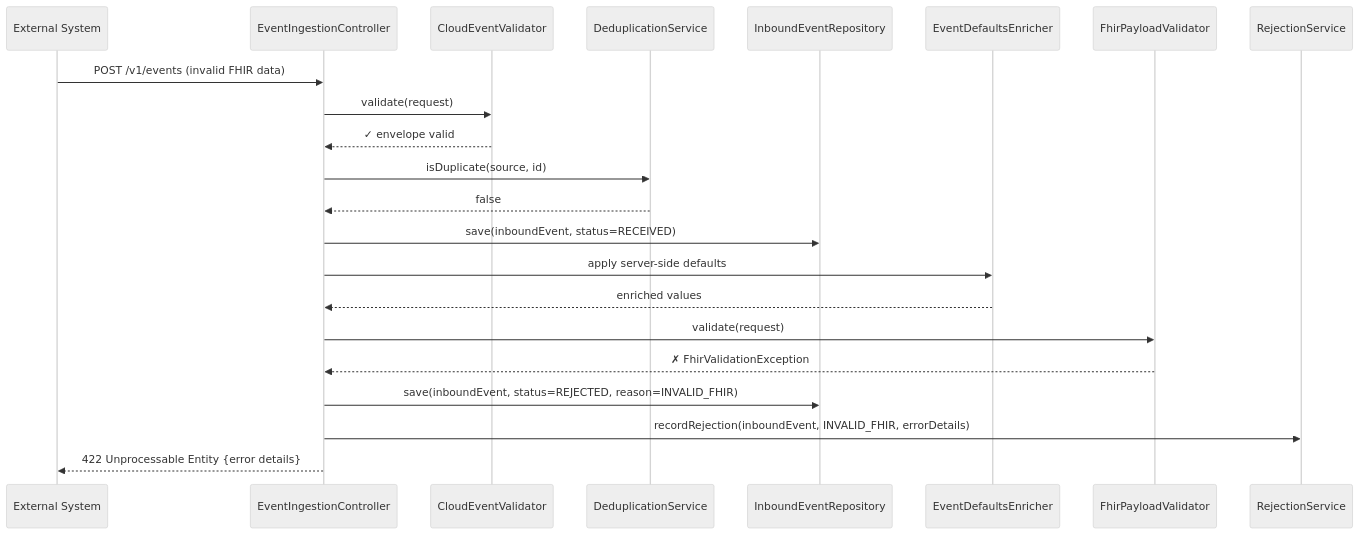
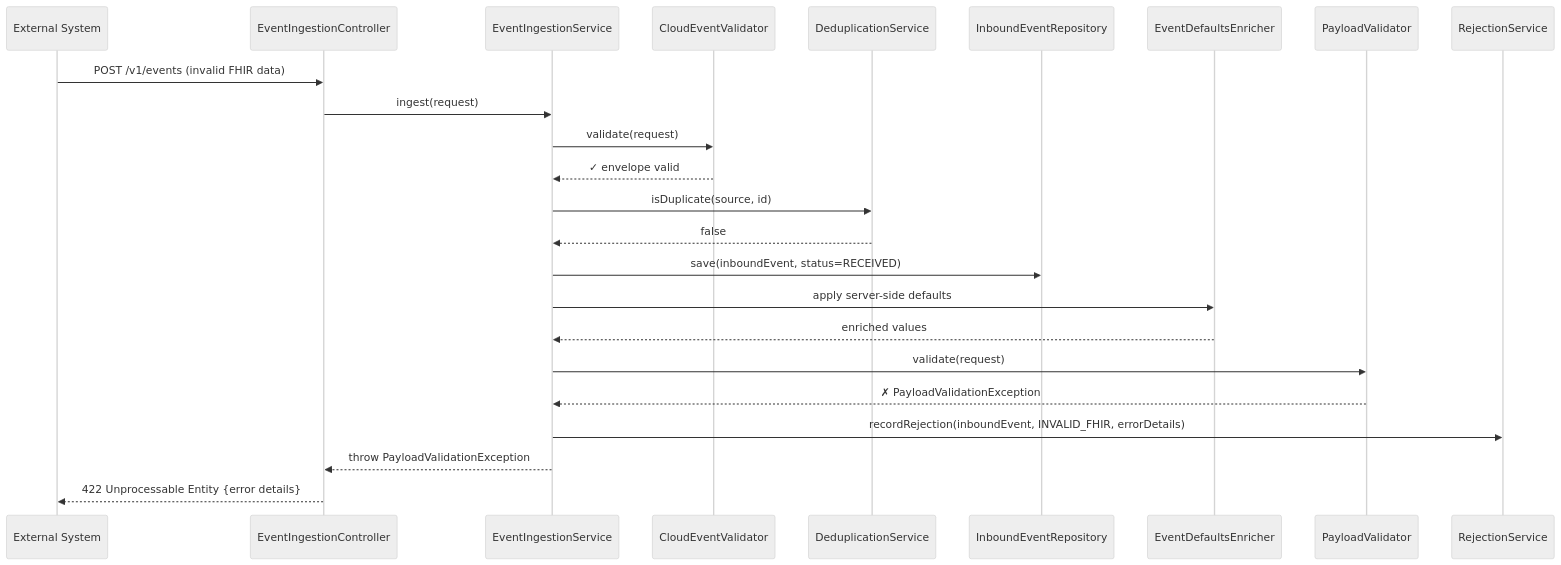
The third of 7 diagrams in docs/flow-diagrams.md (Jayaprakash8887/cce-collector-service), drawn with Mermaid (neutral theme) before and after one commit. The commit also changed other lines of this file and 10 other files, not shown here.

First line of the commit message:
Feat #CCE-55: Implement payload validation enhancements and introduce new exceptions

````diff
--- a/docs/flow-diagrams.md
+++ b/docs/flow-diagrams.md
@@ -95,30 +98,32 @@
 ```mermaid
 sequenceDiagram
     participant Client as External System
     participant Controller as EventIngestionController
+    participant Service as EventIngestionService
     participant Validator as CloudEventValidator
     participant Dedup as DeduplicationService
     participant Repo as InboundEventRepository
     participant Defaults as EventDefaultsEnricher
-    participant FHIR as FhirPayloadValidator
+    participant PV as PayloadValidator
     participant RS as RejectionService
 
     Client->>Controller: POST /v1/events (invalid FHIR data)
-    Controller->>Validator: validate(request)
-    Validator-->>Controller: ✓ envelope valid
+    Controller->>Service: ingest(request)
+    Service->>Validator: validate(request)
+    Validator-->>Service: ✓ envelope valid
 
-    Controller->>Dedup: isDuplicate(source, id)
-    Dedup-->>Controller: false
+    Service->>Dedup: isDuplicate(source, id)
+    Dedup-->>Service: false
 
-    Controller->>Repo: save(inboundEvent, status=RECEIVED)
-    Controller->>Defaults: apply server-side defaults
-    Defaults-->>Controller: enriched values
+    Service->>Repo: save(inboundEvent, status=RECEIVED)
+    Service->>Defaults: apply server-side defaults
+    Defaults-->>Service: enriched values
 
-    Controller->>FHIR: validate(request)
-    FHIR-->>Controller: ✗ FhirValidationException
+    Service->>PV: validate(request)
+    PV-->>Service: ✗ PayloadValidationException
 
-    Controller->>Repo: save(inboundEvent, status=REJECTED, reason=INVALID_FHIR)
-    Controller->>RS: recordRejection(inboundEvent, INVALID_FHIR, errorDetails)
+    Service->>RS: recordRejection(inboundEvent, INVALID_FHIR, errorDetails)
 
+    Service-->>Controller: throw PayloadValidationException
     Controller-->>Client: 422 Unprocessable Entity {error details}
 ```
````
